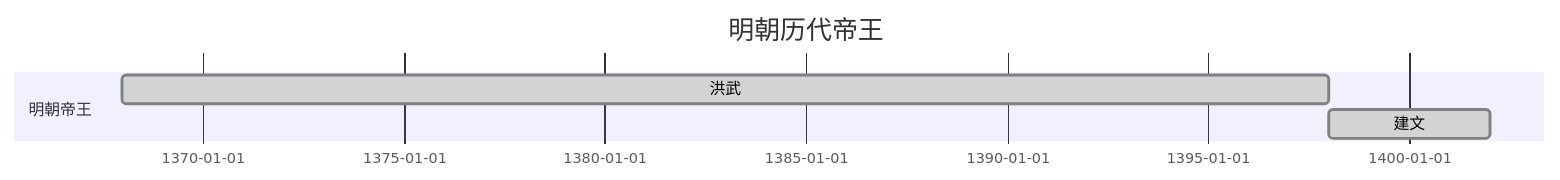
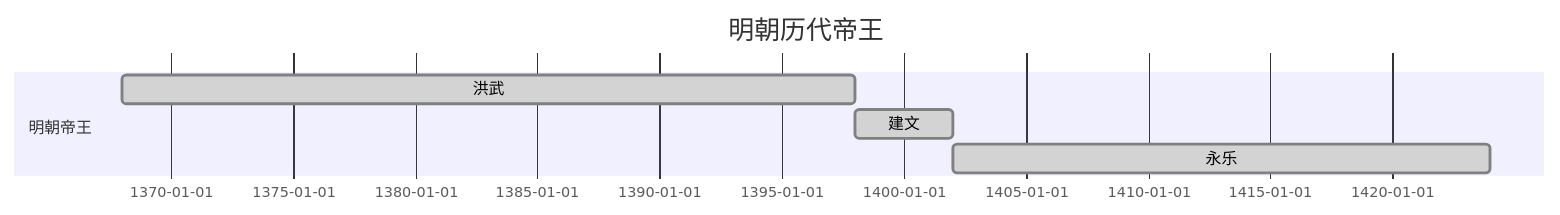
The first of 2 diagrams in NoteList.md (pemglee/HistoryNotes), drawn with Mermaid before and after one commit.

Commit message:
update for MING

````diff
--- a/NoteList.md
+++ b/NoteList.md
@@ -15,9 +15,10 @@
 ```mermaid
 gantt
 dateformat YYYY
 title 明朝历代帝王
 
 section 明朝帝王
 洪武: done, 朱元璋, 1368, 1398
 建文: done, 朱允炆, 1398, 1402
+永乐: done, 朱棣, 1402, 1424
 ```
````
